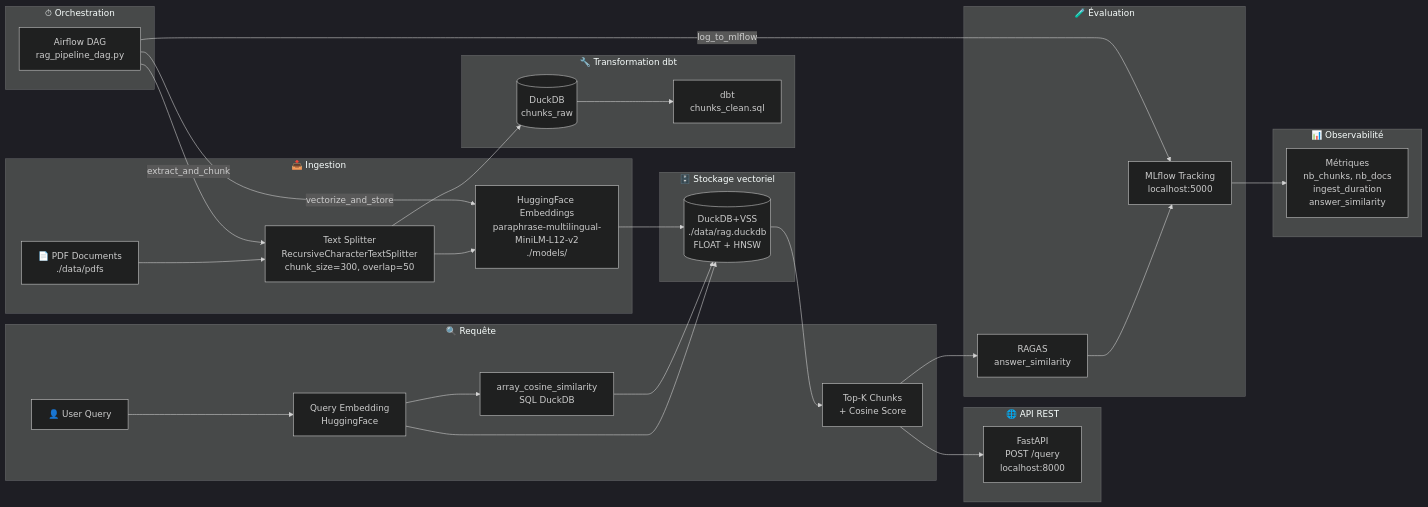
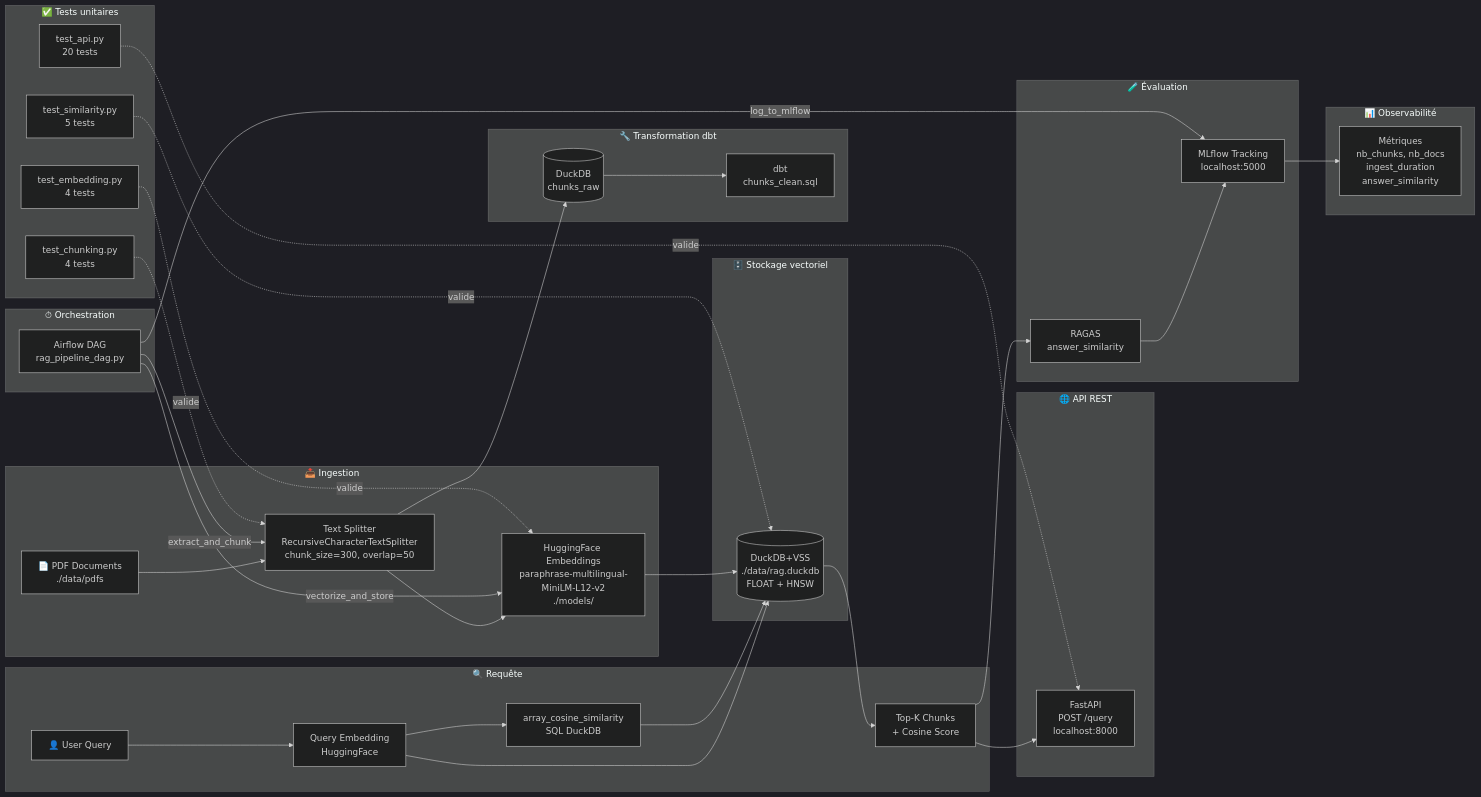
One commit to gautbl/rag-pipeline changed the diagram in README.md. Above: the diagram before and after it, drawn with Mermaid (dark theme). The commit also changed other lines of this file, not shown here.

````diff
--- a/README.md
+++ b/README.md
@@ -23,44 +23,51 @@
 ```mermaid
 graph LR
 
     subgraph Ingestion["📥 Ingestion"]
         A[📄 PDF Documents\n./data/pdfs] --> B[Text Splitter\nRecursiveCharacterTextSplitter\nchunk_size=300, overlap=50]
         B --> C[HuggingFace Embeddings\nparaphrase-multilingual-MiniLM-L12-v2\n./models/]
     end
 
     subgraph Stockage["🗄️ Stockage vectoriel"]
         C --> D[(DuckDB+VSS\n./data/rag.duckdb\nFLOAT + HNSW)]
     end
 
     subgraph Transformation["🔧 Transformation dbt"]
         B --> E[(DuckDB\nchunks_raw)]
         E --> F[dbt\nchunks_clean.sql]
     end
 
     subgraph Query["🔍 Requête"]
         G[👤 User Query] --> H[Query Embedding\nHuggingFace]
         H --> I[array_cosine_similarity\nSQL DuckDB]
         H --> D
         I --> D
         D --> J[Top-K Chunks\n+ Cosine Score]
     end
 
     subgraph API["🌐 API REST"]
         J --> API1[FastAPI\nPOST /query\nlocalhost:8000]
     end
 
     subgraph Evaluation["🧪 Évaluation"]
         J --> R[RAGAS\nanswer_similarity]
         R --> K[MLflow Tracking\nlocalhost:5000]
     end
 
     subgraph Observabilite["📊 Observabilité"]
         K --> L[Métriques\nnb_chunks, nb_docs\ningest_duration\nanswer_similarity]
     end
 
     subgraph Orchestration["⏱ Orchestration"]
         M[Airflow DAG\nrag_pipeline_dag.py] -->|extract_and_chunk| B
         M -->|vectorize_and_store| C
         M -->|log_to_mlflow| K
     end
+
+    subgraph Tests["✅ Tests unitaires"]
+        T1[test_chunking.py\n4 tests] -.->|valide| B
+        T2[test_embedding.py\n4 tests] -.->|valide| C
+        T3[test_similarity.py\n5 tests] -.->|valide| D
+        T4[test_api.py\n20 tests] -.->|valide| API1
+    end
 ```
````
